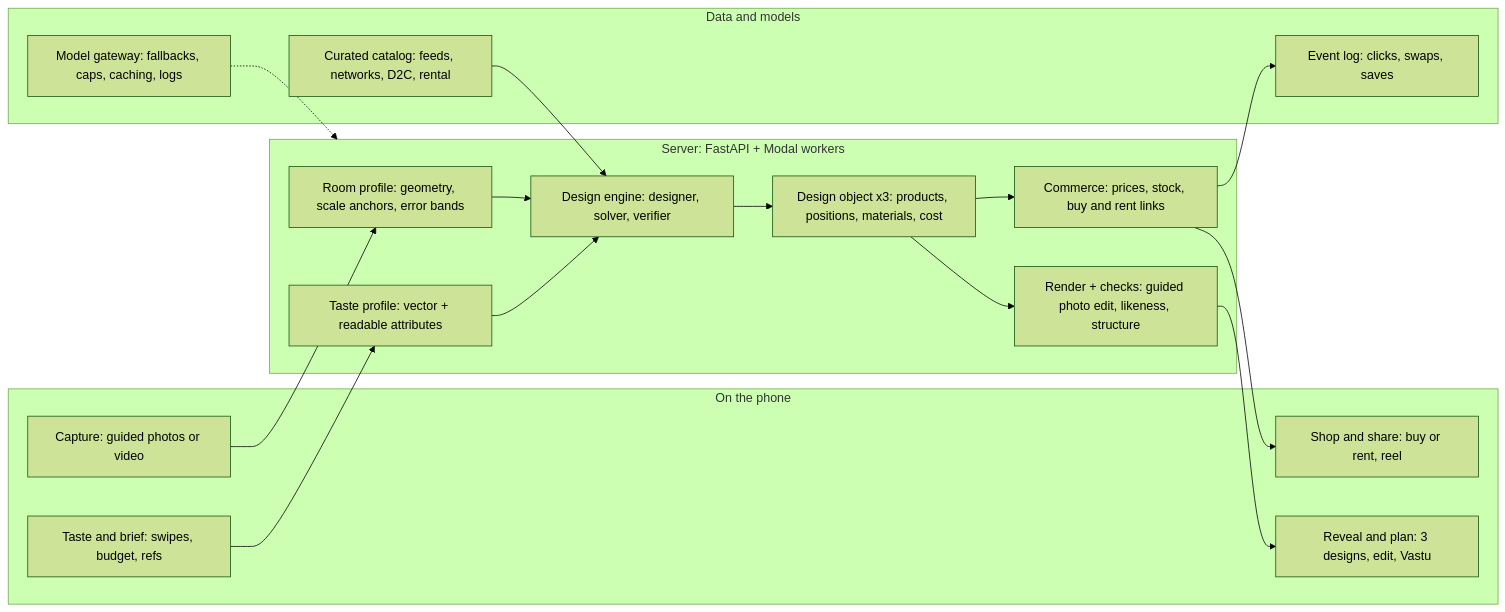
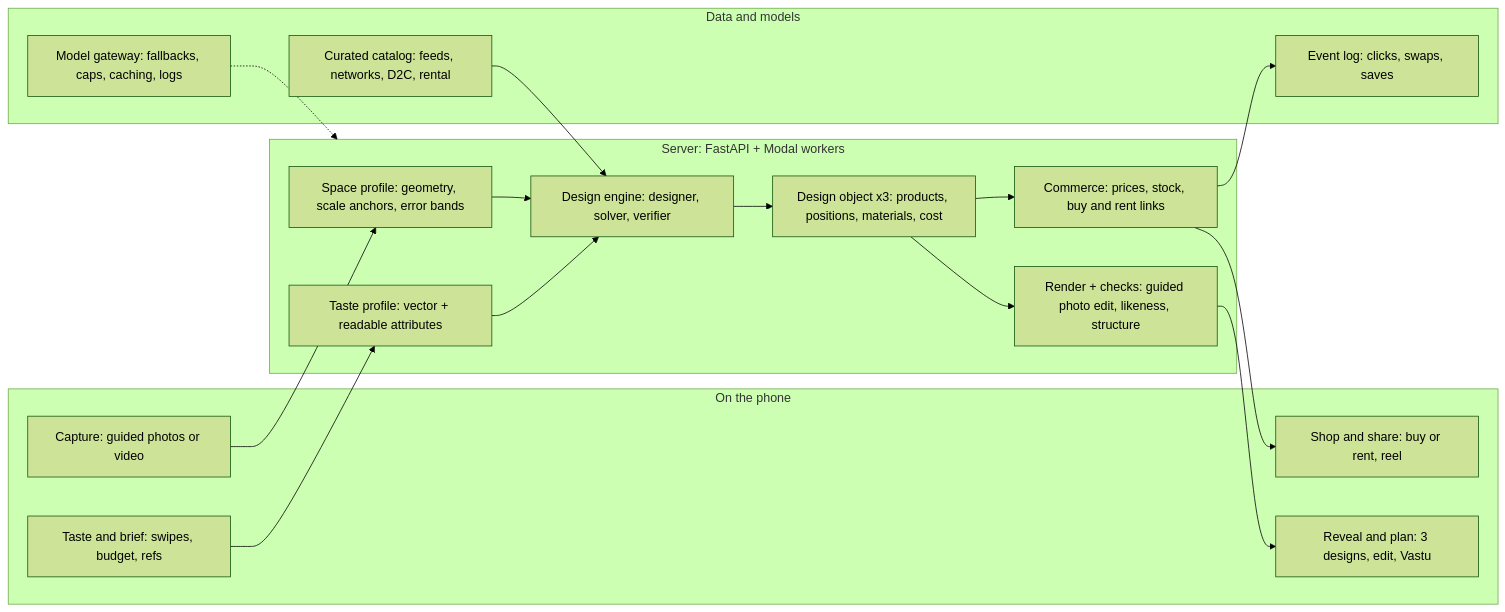
Before and after one commit to Sahnijatin/sajao: the diagram in docs/05-system-architecture.md, drawn with Mermaid (forest theme). The commit also changed other lines of this file and 9 other files, not shown here.

First line of the commit message:
Docs: scan any space at any extent, Space Profile, live scan mesh

````diff
--- a/docs/05-system-architecture.md
+++ b/docs/05-system-architecture.md
@@ -5,34 +5,34 @@
 ```mermaid
 flowchart LR
   subgraph Phone["On the phone"]
     CAP["Capture: guided photos or video"]
     TB["Taste and brief: swipes, budget, refs"]
     REV["Reveal and plan: 3 designs, edit, Vastu"]
     SHOP["Shop and share: buy or rent, reel"]
   end
   subgraph Server["Server: FastAPI + Modal workers"]
-    RP["Room profile: geometry, scale anchors, error bands"]
+    RP["Space profile: geometry, scale anchors, error bands"]
     TP["Taste profile: vector + readable attributes"]
     DE["Design engine: designer, solver, verifier"]
     DO["Design object x3: products, positions, materials, cost"]
     RC["Render + checks: guided photo edit, likeness, structure"]
     COM["Commerce: prices, stock, buy and rent links"]
   end
   subgraph Data["Data and models"]
     CAT["Curated catalog: feeds, networks, D2C, rental"]
     GW["Model gateway: fallbacks, caps, caching, logs"]
     EV["Event log: clicks, swaps, saves"]
   end
   CAP --> RP
   TB --> TP
   RP --> DE
   TP --> DE
   CAT --> DE
   DE --> DO
   DO --> RC
   DO --> COM
   RC --> REV
   COM --> SHOP
   COM --> EV
   GW -.-> Server
 ```
````
